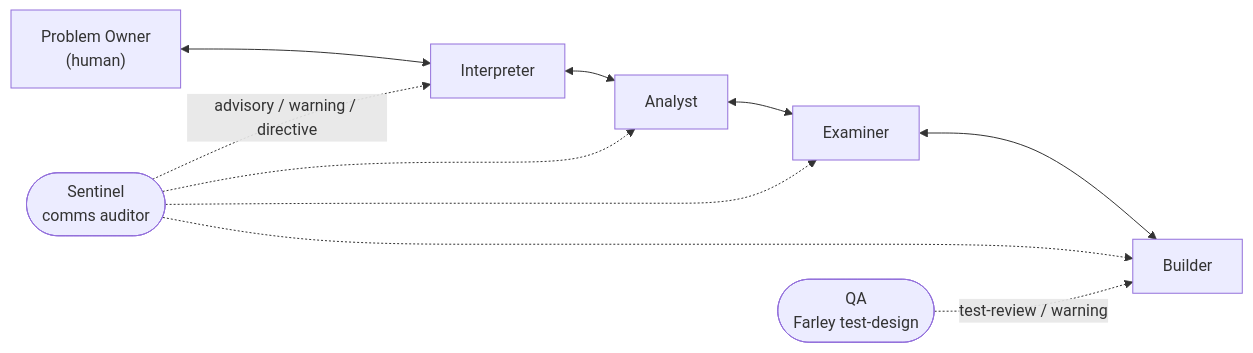
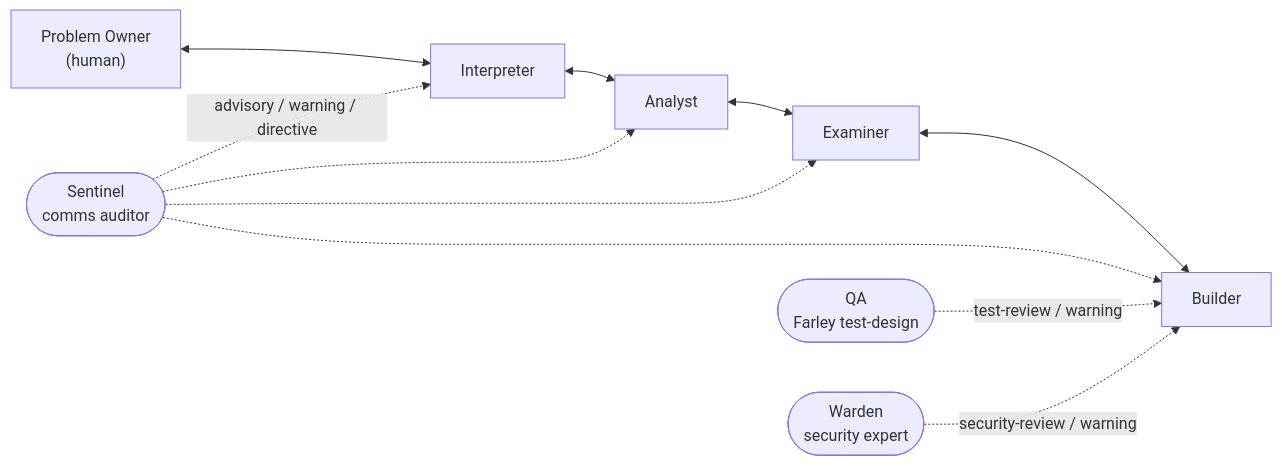
One commit to andrealaforgia/relay-agentic-model changed the first of 2 diagrams in README.md. Above: the diagram before and after it, drawn with Mermaid. The commit also changed other lines of this file and 7 other files, not shown here.

First line of the commit message:
Add Warden: out-of-chain security expert observer

````diff
--- a/README.md
+++ b/README.md
@@ -13,9 +13,10 @@
 ```mermaid
 flowchart LR
     O["Problem Owner<br/>(human)"] <--> I[Interpreter] <--> A[Analyst] <--> E[Examiner] <--> B[Builder]
     S(["Sentinel<br/>comms auditor"]) -. "advisory / warning / directive" .-> I
     S -.-> A
     S -.-> E
     S -.-> B
     Q(["QA<br/>Farley test-design"]) -. "test-review / warning" .-> B
+    W(["Warden<br/>security expert"]) -. "security-review / warning" .-> B
 ```
````
